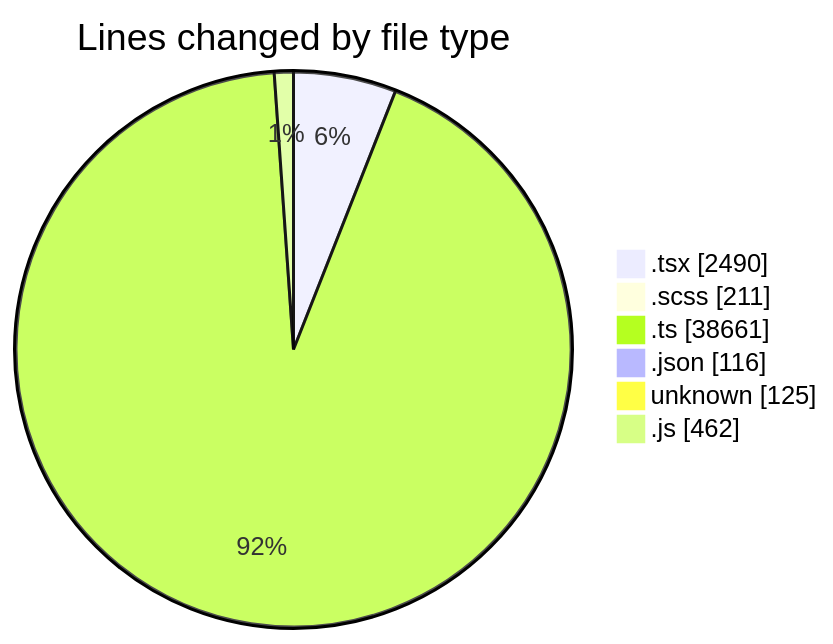
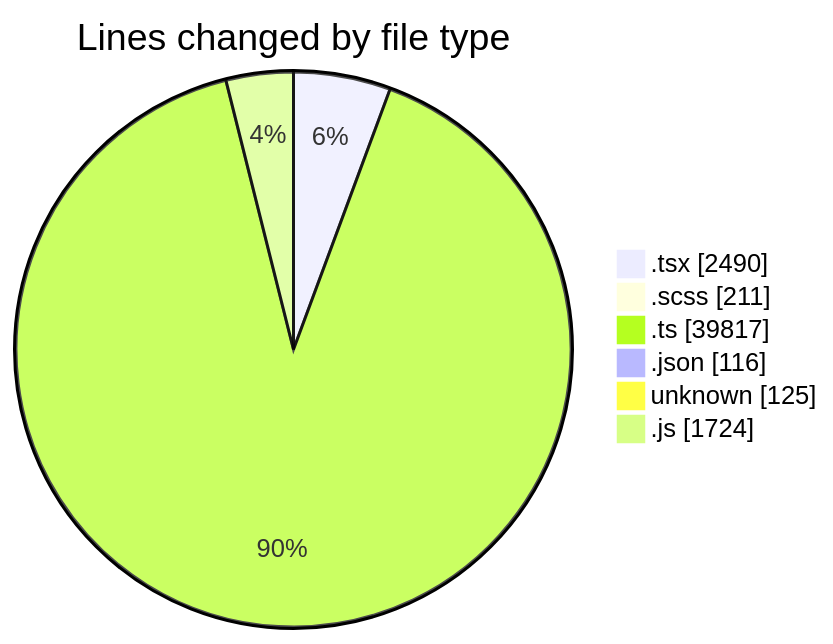
Before and after one commit to momahboobian/code-tracking: the first of 2 diagrams in 2026-09-04/cda/README.md, drawn with Mermaid. The commit also changed other lines of this file and 1 other file, not shown here.

````diff
--- a/2026-09-04/cda/README.md
+++ b/2026-09-04/cda/README.md
@@ -70,10 +73,10 @@
 ```mermaid
 pie showData
 title Lines changed by file type
 ".tsx" : 2490
 ".scss" : 211
-".ts" : 38661
+".ts" : 39817
 ".json" : 116
 "unknown" : 125
-".js" : 462
+".js" : 1724
 ```
````
